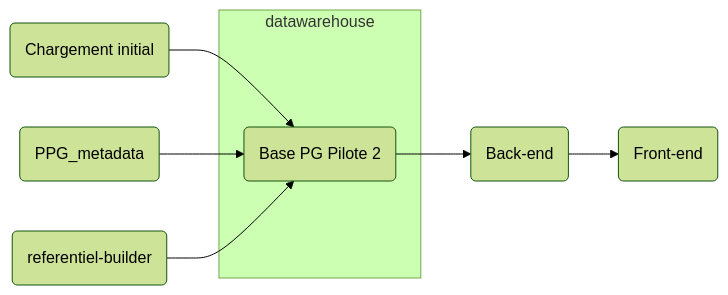
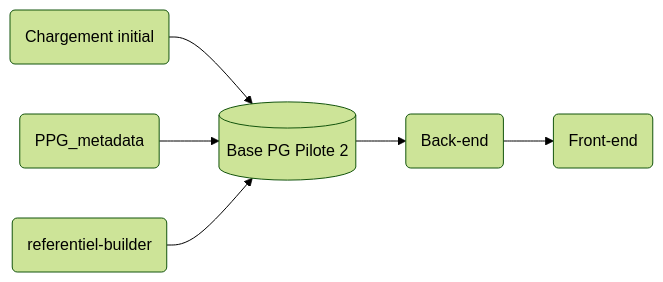
Before and after one commit to DITP-pilotage/pilote-2: the first of 5 diagrams in data/architecture_data.md, drawn with Mermaid (forest theme). The commit also changed other lines of this file, not shown here.

Commit message:
docs: ajout du schema sur la transformation des donnees (42)

````diff
--- a/data/architecture_data.md
+++ b/data/architecture_data.md
@@ -9,11 +9,8 @@
 ``` mermaid
 graph LR
-SFTP(Chargement initial) --> PG(Base PG Pilote 2)
+SFTP(Chargement initial) --> PG[(Base PG Pilote 2)]
 PM(PPG_metadata) --> PG
 RB(referentiel-builder) --> PG
 PG --> BE(Back-end) --> FE(Front-end)
 
-subgraph datawarehouse
-    PG
-end
 ```
````
